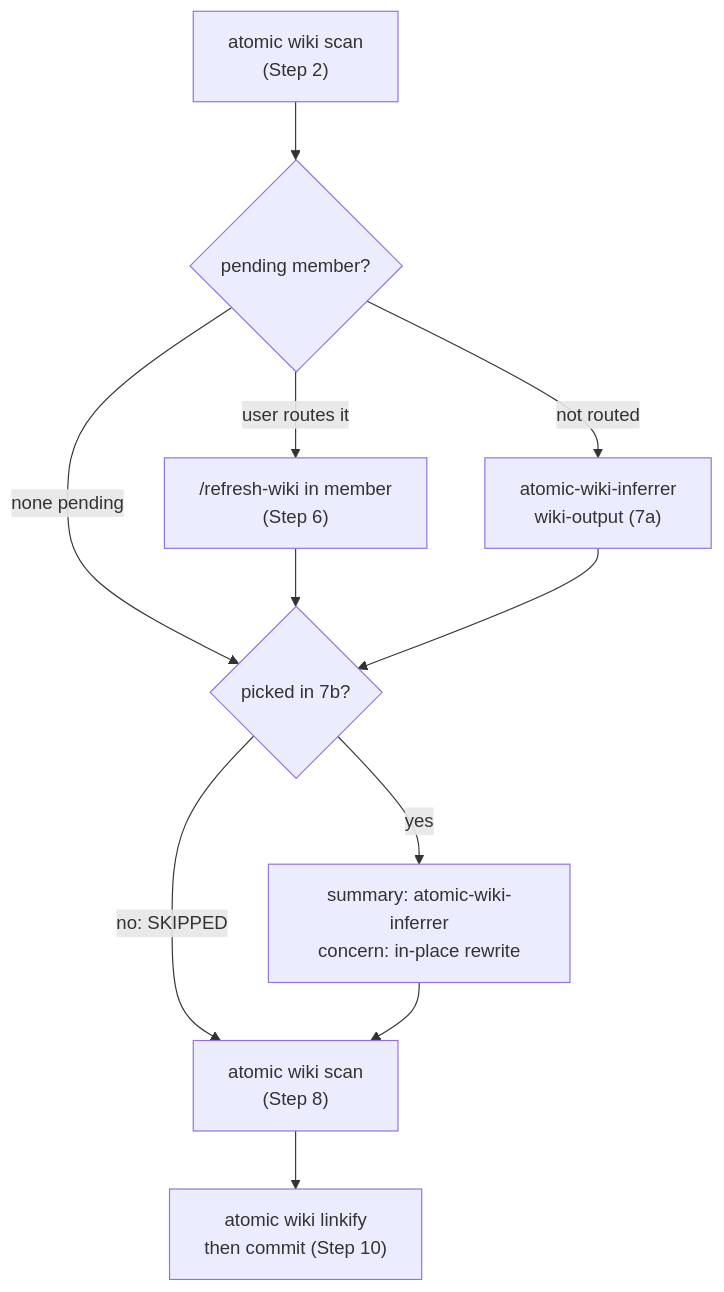
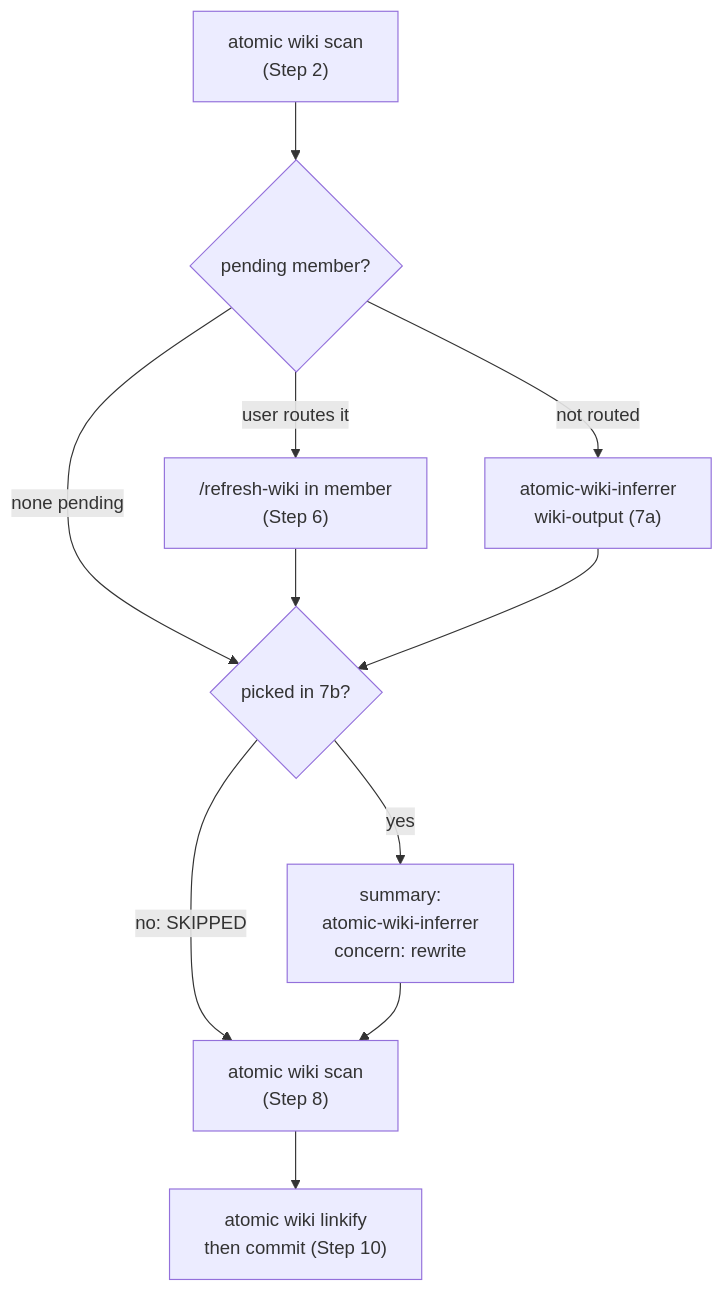
The second of 9 diagrams in docs/wiki/wiki.md (damusix/atomic-claude), drawn with Mermaid before and after one commit. The commit also changed other lines of this file and 11 other files, not shown here.

````diff
--- a/docs/wiki/wiki.md
+++ b/docs/wiki/wiki.md
@@ -50,14 +50,14 @@
 ```mermaid
 flowchart TD
     %% source: context/commands/refresh-wiki.md (realm Steps 2-10)
     S2["atomic wiki scan<br/>(Step 2)"] --> P{"pending member?"}
     P -->|"user routes it"| R6["/refresh-wiki in member<br/>(Step 6)"]
     P -->|"not routed"| W7a["atomic-wiki-inferrer<br/>wiki-output (7a)"]
     P -->|"none pending"| L7b
     R6 --> L7b{"picked in 7b?"}
     W7a --> L7b
-    L7b -->|"yes"| RA["summary: atomic-wiki-inferrer<br/>concern: in-place rewrite"]
+    L7b -->|"yes"| RA["summary:<br/>atomic-wiki-inferrer<br/>concern: rewrite"]
     L7b -->|"no: SKIPPED"| S8["atomic wiki scan<br/>(Step 8)"]
     RA --> S8
     S8 --> LK["atomic wiki linkify<br/>then commit (Step 10)"]
 ```
````
